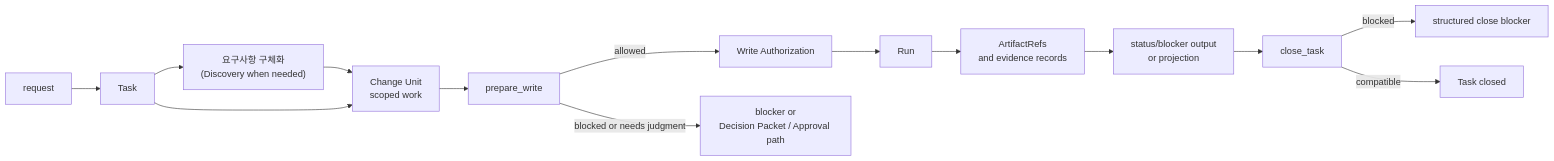
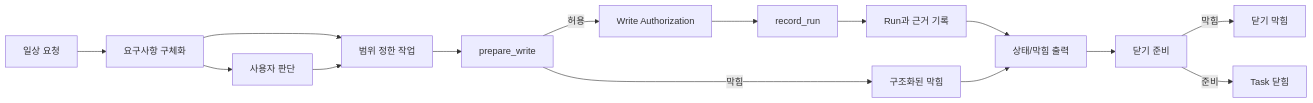
The diagram in docs/ko/build/runtime-walkthrough.md (minjungw00/Harness_Project), drawn with Mermaid before and after one commit. The commit also changed 20 other files, not shown here.

Commit message:
docs: refresh diagrams for staged authority model

````diff
--- a/docs/ko/build/runtime-walkthrough.md
+++ b/docs/ko/build/runtime-walkthrough.md
@@ -28,16 +28,17 @@
 ```mermaid
 flowchart LR
-  Request["request"] --> Task["Task"]
-  Task --> Discovery["요구사항 구체화<br/>(Discovery when needed)"]
-  Discovery --> ChangeUnit["Change Unit<br/>scoped work"]
-  Task --> ChangeUnit
-  ChangeUnit --> Prepare["prepare_write"]
-  Prepare -->|allowed| Authorization["Write Authorization"]
-  Prepare -->|blocked or needs judgment| Blocker["blocker or<br/>Decision Packet / Approval path"]
-  Authorization --> Run["Run"]
-  Run --> Evidence["ArtifactRefs<br/>and evidence records"]
-  Evidence --> Readable["status/blocker output<br/>or projection"]
-  Readable --> CloseCheck["close_task"]
-  CloseCheck -->|blocked| CloseBlocker["structured close blocker"]
-  CloseCheck -->|compatible| Close["Task closed"]
+  Request["일상 요청"] --> Clarify["요구사항 구체화"]
+  Clarify --> Decision["사용자 판단"]
+  Clarify --> Scope["범위 정한 작업"]
+  Decision --> Scope
+  Scope --> Prepare["prepare_write"]
+  Prepare -->|허용| Authorization["Write Authorization"]
+  Prepare -->|막힘| Blocker["구조화된 막힘"]
+  Authorization --> Run["record_run"]
+  Run --> Evidence["Run과 근거 기록"]
+  Evidence --> Readable["상태/막힘 출력"]
+  Blocker --> Readable
+  Readable --> CloseCheck["닫기 준비"]
+  CloseCheck -->|막힘| CloseBlocker["닫기 막힘"]
+  CloseCheck -->|준비| Close["Task 닫힘"]
 ```
````
